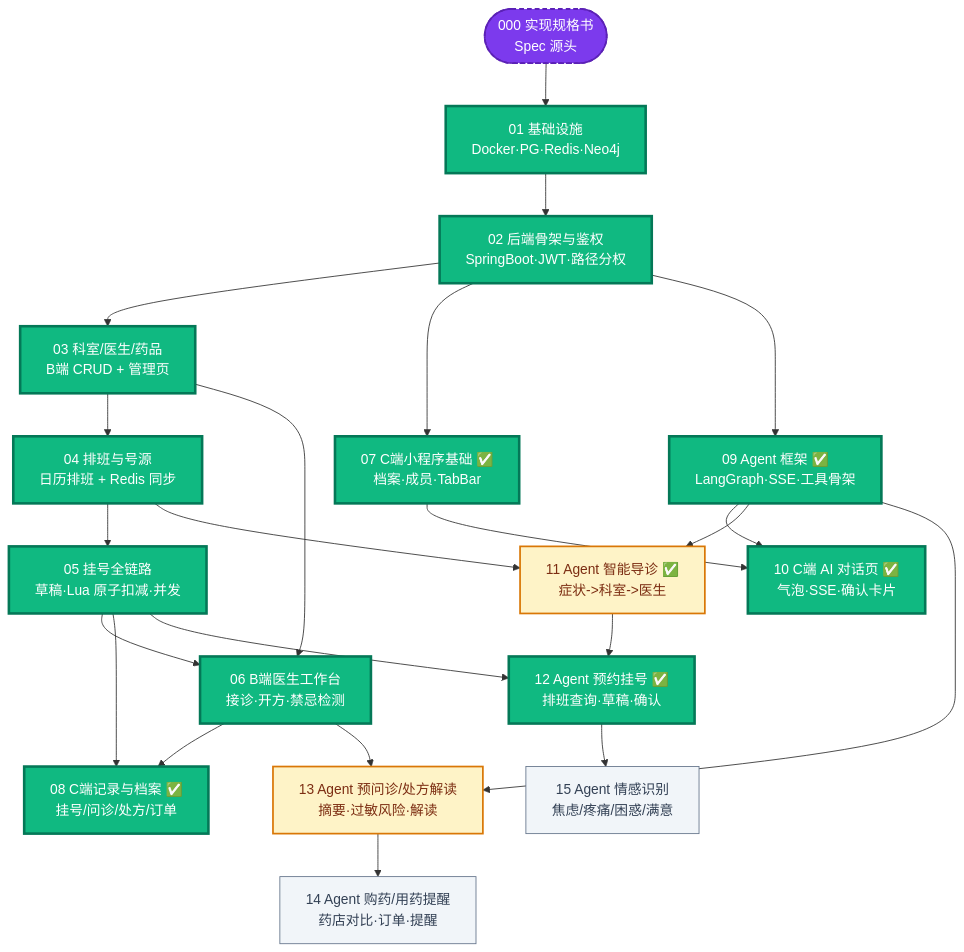
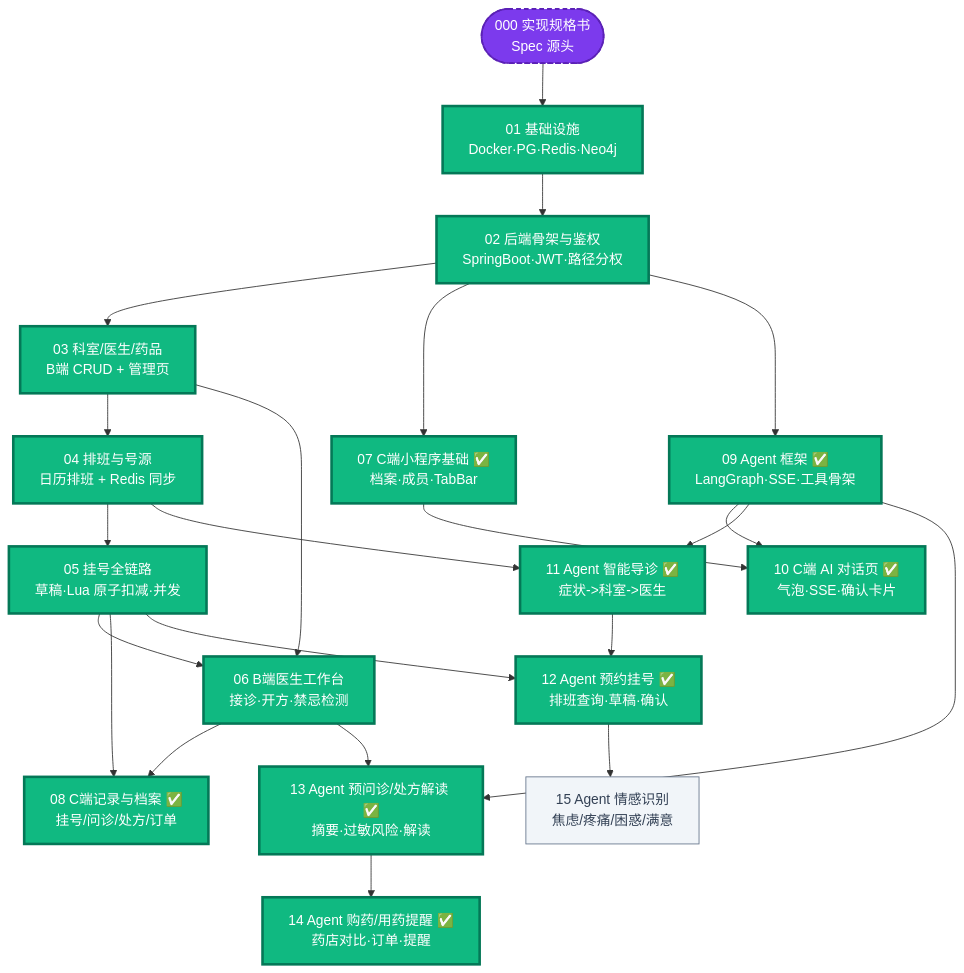
One commit to qingchen108/zhiyv changed the first of 2 diagrams in docs/ticket-dependencies.md. Above: the diagram before and after it, drawn with Mermaid. The commit also changed other lines of this file, not shown here.

````diff
--- a/docs/ticket-dependencies.md
+++ b/docs/ticket-dependencies.md
@@ -17,51 +17,50 @@
 ```mermaid
 graph TD
     S(["000 实现规格书<br/>Spec 源头"])
     T01["01 基础设施<br/>Docker·PG·Redis·Neo4j"]
     T02["02 后端骨架与鉴权<br/>SpringBoot·JWT·路径分权"]
     T03["03 科室/医生/药品<br/>B端 CRUD + 管理页"]
     T04["04 排班与号源<br/>日历排班 + Redis 同步"]
     T05["05 挂号全链路<br/>草稿·Lua 原子扣减·并发"]
     T06["06 B端医生工作台<br/>接诊·开方·禁忌检测"]
     T07["07 C端小程序基础 ✅<br/>档案·成员·TabBar"]
     T08["08 C端记录与档案 ✅<br/>挂号/问诊/处方/订单"]
     T09["09 Agent 框架 ✅<br/>LangGraph·SSE·工具骨架"]
     T10["10 C端 AI 对话页 ✅<br/>气泡·SSE·确认卡片"]
     T11["11 Agent 智能导诊 ✅<br/>症状->科室->医生"]
     T12["12 Agent 预约挂号 ✅<br/>排班查询·草稿·确认"]
-    T13["13 Agent 预问诊/处方解读<br/>摘要·过敏风险·解读"]
-    T14["14 Agent 购药/用药提醒<br/>药店对比·订单·提醒"]
+    T13["13 Agent 预问诊/处方解读 ✅<br/>摘要·过敏风险·解读"]
+    T14["14 Agent 购药/用药提醒 ✅<br/>药店对比·订单·提醒"]
     T15["15 Agent 情感识别<br/>焦虑/疼痛/困惑/满意"]
 
     S --> T01
     T01 --> T02
     T02 --> T03
     T02 --> T07
     T02 --> T09
     T03 --> T04
     T04 --> T05
     T03 --> T06
     T05 --> T06
     T05 --> T08
     T06 --> T08
     T07 --> T10
     T09 --> T10
     T09 --> T11
     T04 --> T11
     T11 --> T12
     T05 --> T12
     T09 --> T13
     T06 --> T13
     T13 --> T14
     T12 --> T15
 
     classDef spec fill:#7c3aed,stroke:#5b21b6,color:#fff,stroke-width:2px,stroke-dasharray: 5 4
     classDef done fill:#10b981,stroke:#047857,color:#fff,stroke-width:3px
     classDef merge fill:#fef3c7,stroke:#d97706,color:#7c2d12,stroke-width:2px
     classDef todo fill:#f1f5f9,stroke:#64748b,color:#334155
 
     class S spec
-    class T01,T02,T03,T04,T05,T06,T07,T08,T09,T10,T11,T12 done
-    class T11,T13 merge
-    class T14,T15 todo
+    class T01,T02,T03,T04,T05,T06,T07,T08,T09,T10,T11,T12,T13,T14 done
+    class T15 todo
 ```
````
